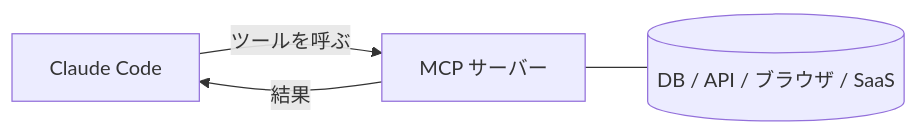
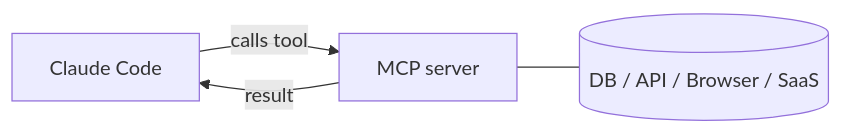
Before and after one commit to derob98/ailmanac: the diagram in i18n/ja/docusaurus-plugin-content-docs/current/claude-code/mcp.mdx, drawn with Mermaid. The commit also changed other lines of this file and 11 other files, not shown here.

````diff
--- a/i18n/ja/docusaurus-plugin-content-docs/current/claude-code/mcp.mdx
+++ b/i18n/ja/docusaurus-plugin-content-docs/current/claude-code/mcp.mdx
@@ -19,6 +19,6 @@
 ```mermaid
 flowchart LR
-  CC[Claude Code] -- ツールを呼ぶ --> S[MCP サーバー]
-  S -- 結果 --> CC
-  S --- D[(DB / API / ブラウザ / SaaS)]
+  CC[Claude Code] -- calls tool --> S[MCP server]
+  S -- result --> CC
+  S --- D[(DB / API / Browser / SaaS)]
 ```
````
